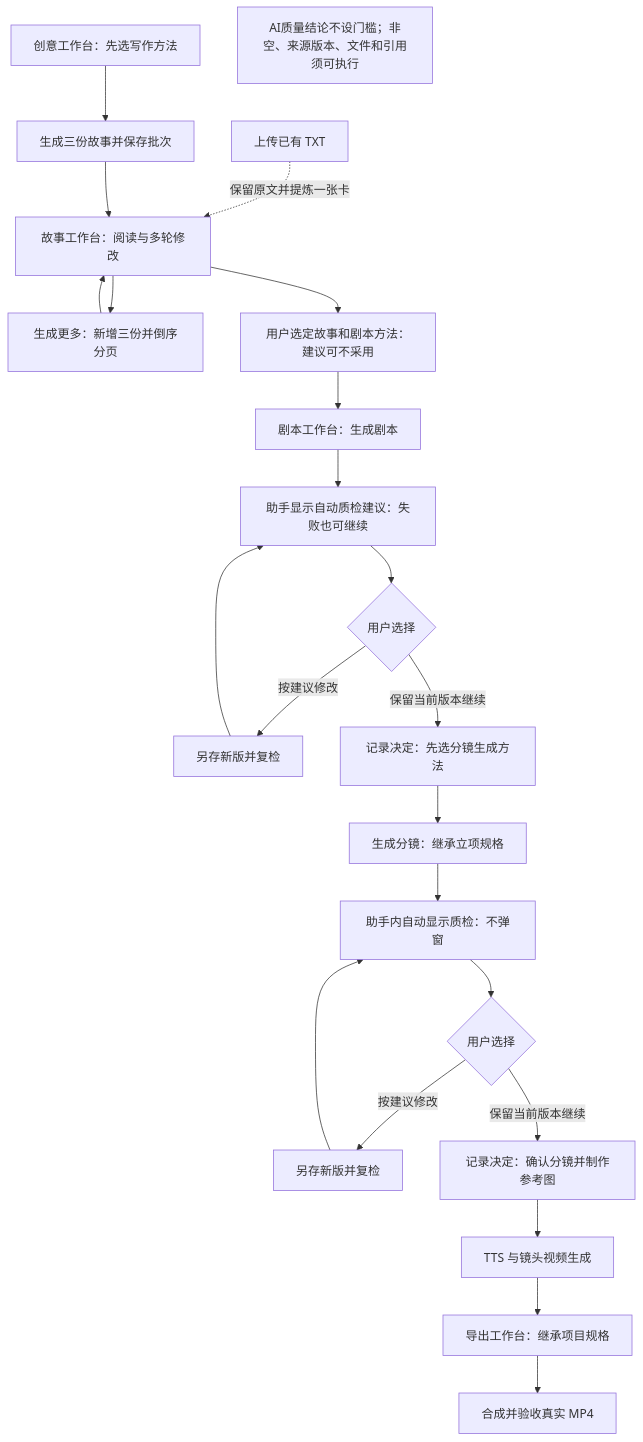
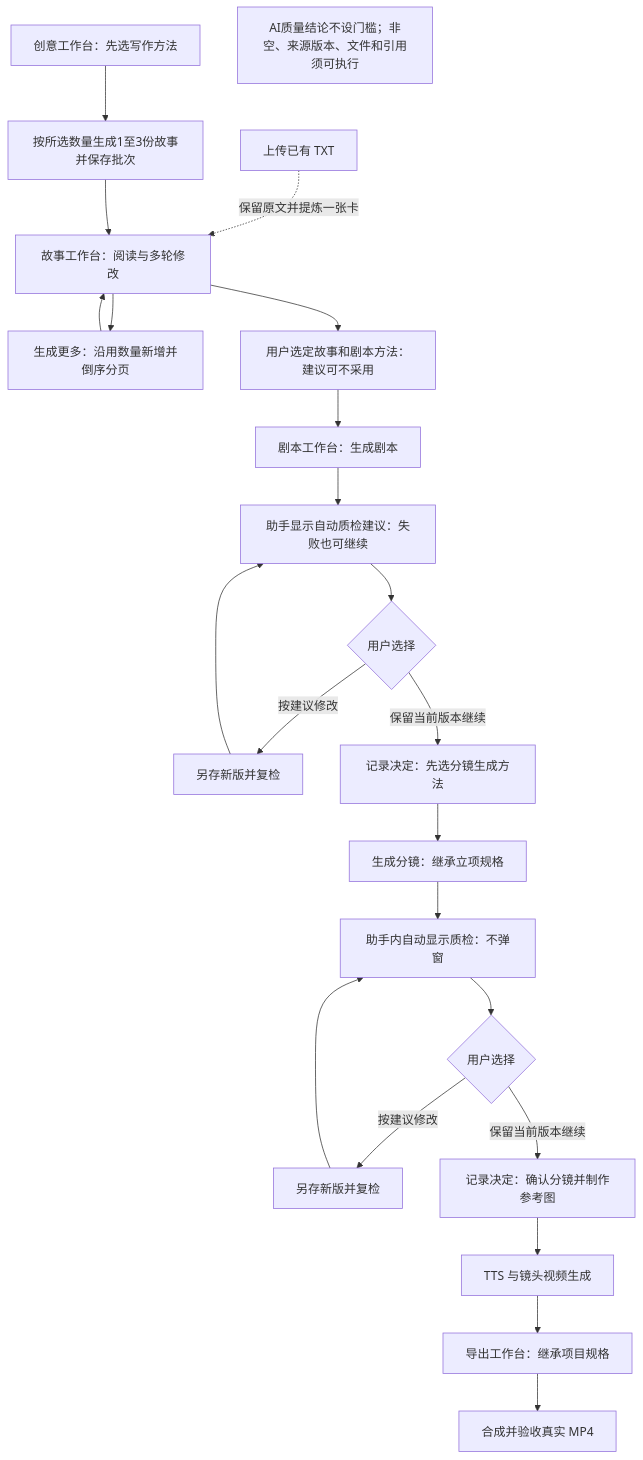
Before and after one commit to federra/MengyuanAI: the diagram in interaction-prd-workspace/reference/technical-diagrams/04-creation.mmd, drawn with Mermaid. The commit also changed 47 other files, not shown here.

```diff
--- a/interaction-prd-workspace/reference/technical-diagrams/04-creation.mmd
+++ b/interaction-prd-workspace/reference/technical-diagrams/04-creation.mmd
@@ -1,23 +1,23 @@
 flowchart TB
-  A[创意工作台：先选写作方法] --> B[生成三份故事并保存批次]
+  A[创意工作台：先选写作方法] --> B[按所选数量生成1至3份故事并保存批次]
   X[上传已有 TXT] -.保留原文并提炼一张卡.-> C[故事工作台：阅读与多轮修改]
   B --> C
-  C --> MORE[生成更多：新增三份并倒序分页]
+  C --> MORE[生成更多：沿用数量新增并倒序分页]
   MORE --> C
   C --> D[用户选定故事和剧本方法：建议可不采用]
   D --> E[剧本工作台：生成剧本]
   E --> Q[助手显示自动质检建议：失败也可继续]
   Q --> F{用户选择}
   F -->|按建议修改| FIX[另存新版并复检]
   FIX --> Q
   F -->|保留当前版本继续| G[记录决定：先选分镜生成方法]
   G --> H[生成分镜：继承立项规格]
   H --> HQ[助手内自动显示质检：不弹窗]
   HQ --> I{用户选择}
   I -->|按建议修改| J[另存新版并复检]
   J --> HQ
   I -->|保留当前版本继续| K[记录决定：确认分镜并制作参考图]
   K --> L[TTS 与镜头视频生成]
   L --> M[导出工作台：继承项目规格]
   M --> N[合成并验收真实 MP4]
   NOTE[AI质量结论不设门槛；非空、来源版本、文件和引用须可执行]
```
